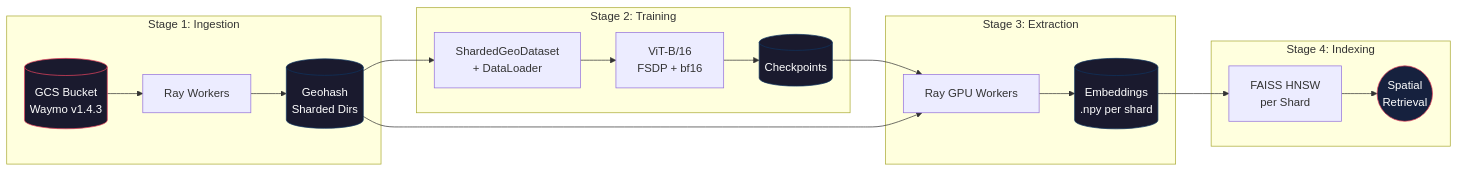
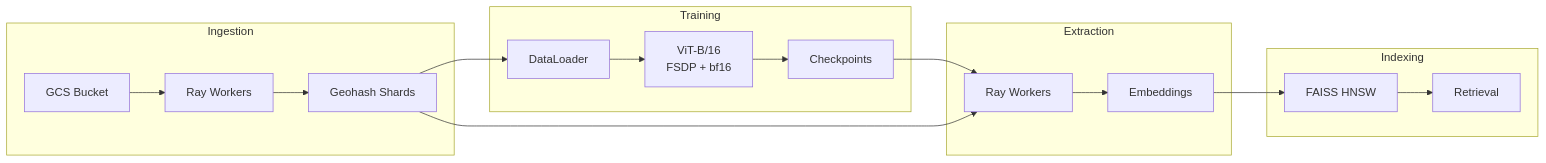
One commit to ThilakShekharShriyan/GeoScale changed the first of 4 diagrams in README.md. Above: the diagram before and after it, drawn with Mermaid. The commit also changed other lines of this file, not shown here.

````diff
--- a/README.md
+++ b/README.md
@@ -28,30 +22,24 @@
 ```mermaid
 flowchart LR
-    subgraph "Stage 1: Ingestion"
-        A[("GCS Bucket\nWaymo v1.4.3")] --> B["Ray Workers"]
-        B --> C[("Geohash\nSharded Dirs")]
+    subgraph "Ingestion"
+        A["GCS Bucket"] --> B["Ray Workers"]
+        B --> C["Geohash Shards"]
     end
 
-    subgraph "Stage 2: Training"
-        C --> D["ShardedGeoDataset\n+ DataLoader"]
+    subgraph "Training"
+        C --> D["DataLoader"]
         D --> E["ViT-B/16\nFSDP + bf16"]
-        E --> F[("Checkpoints")]
+        E --> F["Checkpoints"]
     end
 
-    subgraph "Stage 3: Extraction"
-        F --> G["Ray GPU Workers"]
+    subgraph "Extraction"
+        F --> G["Ray Workers"]
         C --> G
-        G --> H[("Embeddings\n.npy per shard")]
+        G --> H["Embeddings"]
     end
 
-    subgraph "Stage 4: Indexing"
-        H --> I["FAISS HNSW\nper Shard"]
-        I --> J(("Spatial\nRetrieval"))
+    subgraph "Indexing"
+        H --> I["FAISS HNSW"]
+        I --> J["Retrieval"]
     end
-
-    style A fill:#1a1a2e,stroke:#e94560,color:#fff
-    style C fill:#1a1a2e,stroke:#0f3460,color:#fff
-    style F fill:#1a1a2e,stroke:#0f3460,color:#fff
-    style H fill:#1a1a2e,stroke:#0f3460,color:#fff
-    style J fill:#16213e,stroke:#e94560,color:#fff
 ```
````
